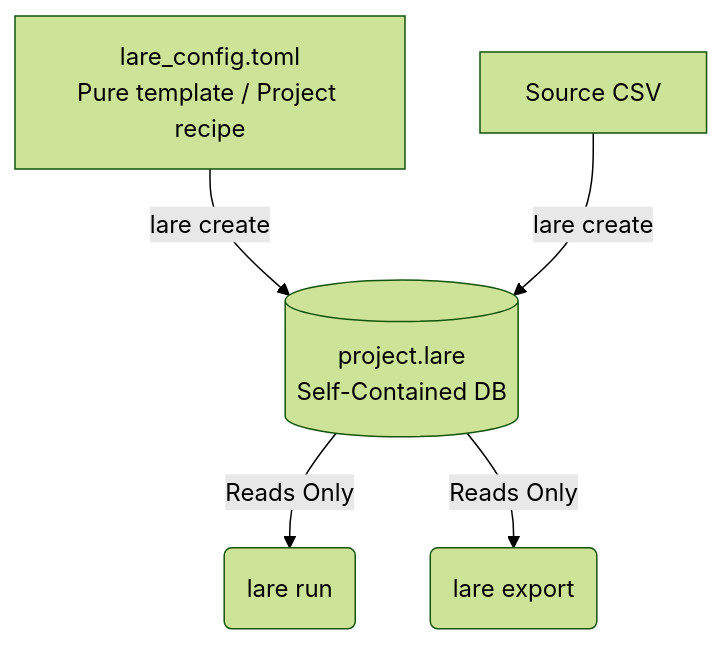
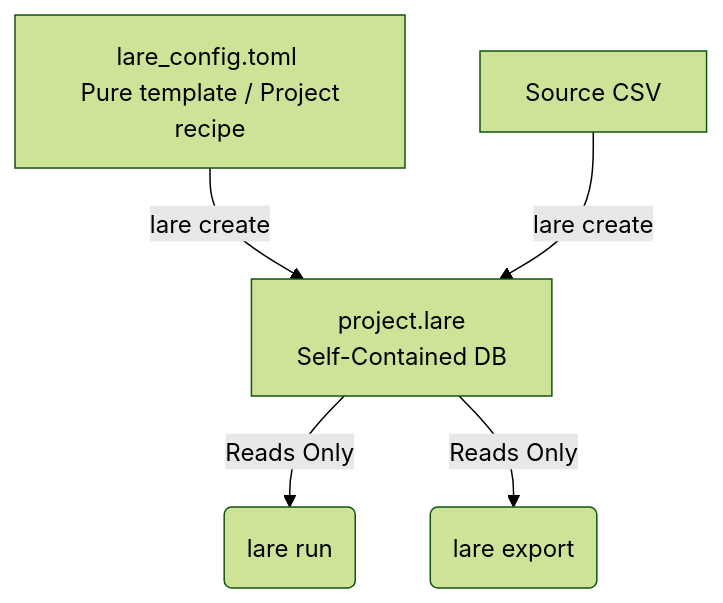
One commit to williamroque/LARE changed the diagram in README.md. Above: the diagram before and after it, drawn with Mermaid (forest theme).

Commit message:
Update README with installation and architecture details.
Reorganize README sections and update installation instructions.

````diff
--- a/README.md
+++ b/README.md
@@ -21,13 +63,13 @@
 ```mermaid
 flowchart TD
-    Config[lare_config.toml<br>Pure template / Project recipe]
+    Config["lare_config.toml \n Pure template / Project recipe"]
     CSV[Source CSV]
-    DB[(project.lare<br>Self-Contained DB)]
+    DB["project.lare \n Self-Contained DB"]
     Run(lare run)
     Export(lare export)
 
     Config --> |lare create| DB
     CSV --> |lare create| DB
     DB --> |Reads Only| Run
     DB --> |Reads Only| Export
 ```
````
